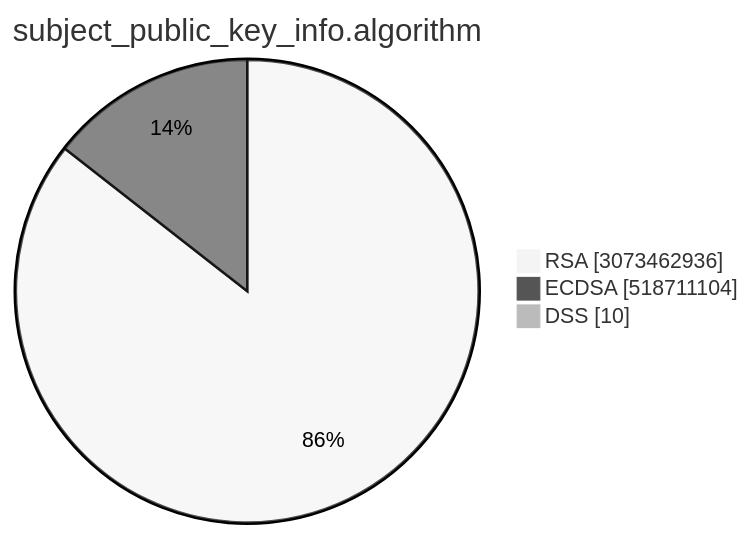
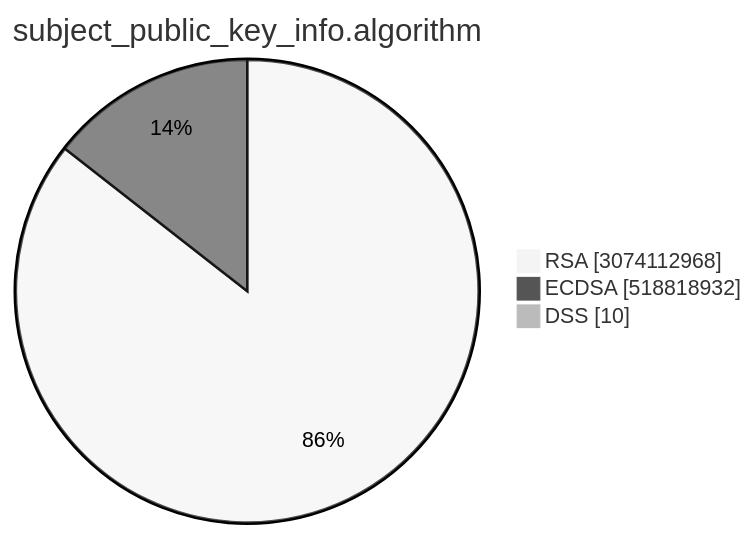
Before and after one commit to christiankrug/ctmonitor_visualization: the second of 15 diagrams in TOTAL/README.md, drawn with Mermaid (neutral theme). The commit also changed other lines of this file, not shown here.

````diff
--- a/TOTAL/README.md
+++ b/TOTAL/README.md
@@ -6,7 +6,7 @@
 ```mermaid
 pie showData
 title subject_public_key_info.algorithm
-"RSA" :3073462936
-"ECDSA" :518711104
+"RSA" :3074112968
+"ECDSA" :518818932
 "DSS" :10
 ```
````
